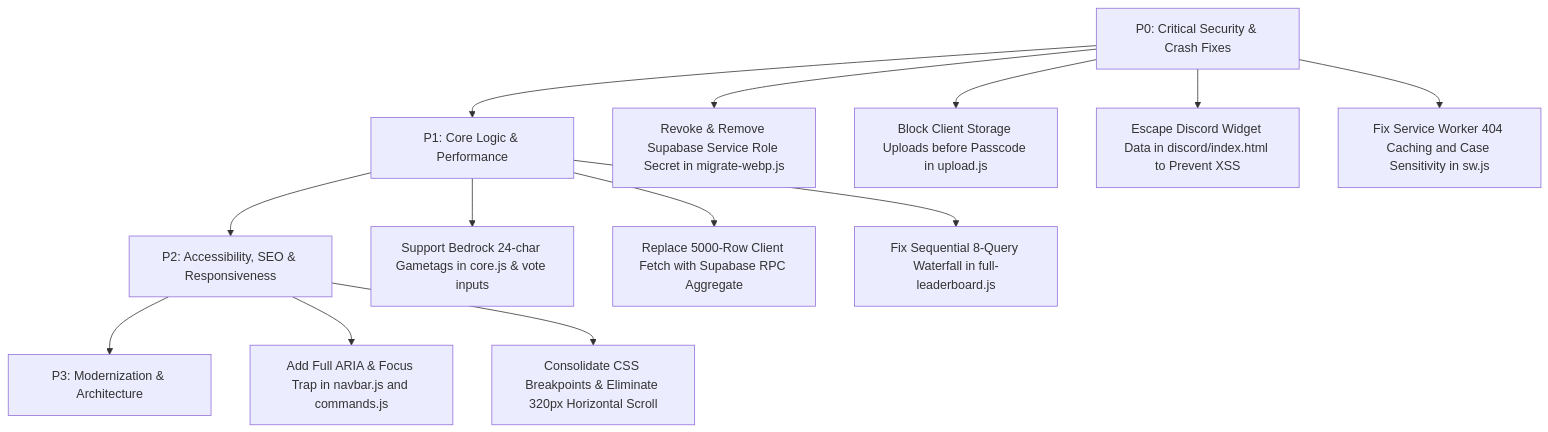
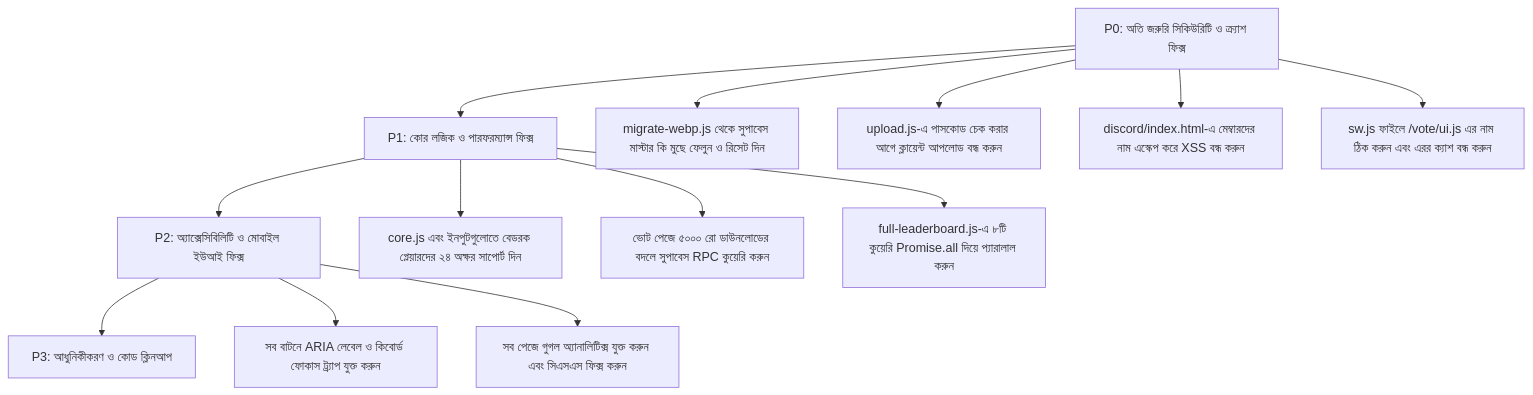
Before and after one commit to havencraftbd/AFK-Bot: the diagram in README.md, drawn with Mermaid. The commit also changed other lines of this file, not shown here.

````diff
--- a/README.md
+++ b/README.md
@@ -806,18 +710,18 @@
 ```mermaid
 graph TD
-    P0[P0: Critical Security & Crash Fixes] --> P1[P1: Core Logic & Performance]
-    P1 --> P2[P2: Accessibility, SEO & Responsiveness]
-    P2 --> P3[P3: Modernization & Architecture]
+    P0[P0: অতি জরুরি সিকিউরিটি ও ক্র্যাশ ফিক্স] --> P1[P1: কোর লজিক ও পারফরম্যান্স ফিক্স]
+    P1 --> P2[P2: অ্যাক্সেসিবিলিটি ও মোবাইল ইউআই ফিক্স]
+    P2 --> P3[P3: আধুনিকীকরণ ও কোড ক্লিনআপ]
 
-    P0 --> S1[Revoke & Remove Supabase Service Role Secret in migrate-webp.js]
-    P0 --> S2[Block Client Storage Uploads before Passcode in upload.js]
-    P0 --> S3[Escape Discord Widget Data in discord/index.html to Prevent XSS]
-    P0 --> S4[Fix Service Worker 404 Caching and Case Sensitivity in sw.js]
+    P0 --> S1[migrate-webp.js থেকে সুপাবেস মাস্টার কি মুছে ফেলুন ও রিসেট দিন]
+    P0 --> S2[upload.js-এ পাসকোড চেক করার আগে ক্লায়েন্ট আপলোড বন্ধ করুন]
+    P0 --> S3[discord/index.html-এ মেম্বারদের নাম এস্কেপ করে XSS বন্ধ করুন]
+    P0 --> S4[sw.js ফাইলে /vote/ui.js এর নাম ঠিক করুন এবং এরর ক্যাশ বন্ধ করুন]
 
-    P1 --> L1[Support Bedrock 24-char Gametags in core.js & vote inputs]
-    P1 --> L2[Replace 5000-Row Client Fetch with Supabase RPC Aggregate]
-    P1 --> L3[Fix Sequential 8-Query Waterfall in full-leaderboard.js]
+    P1 --> L1[core.js এবং ইনপুটগুলোতে বেডরক প্লেয়ারদের ২৪ অক্ষর সাপোর্ট দিন]
+    P1 --> L2[ভোট পেজে ৫০০০ রো ডাউনলোডের বদলে সুপাবেস RPC কুয়েরি করুন]
+    P1 --> L3[full-leaderboard.js-এ ৮টি কুয়েরি Promise.all দিয়ে প্যারালাল করুন]
 
-    P2 --> A1[Add Full ARIA & Focus Trap in navbar.js and commands.js]
-    P2 --> A2[Consolidate CSS Breakpoints & Eliminate 320px Horizontal Scroll]
+    P2 --> A1[সব বাটনে ARIA লেবেল ও কিবোর্ড ফোকাস ট্র্যাপ যুক্ত করুন]
+    P2 --> A2[সব পেজে গুগল অ্যানালিটিক্স যুক্ত করুন এবং সিএসএস ফিক্স করুন]
 ```
````
